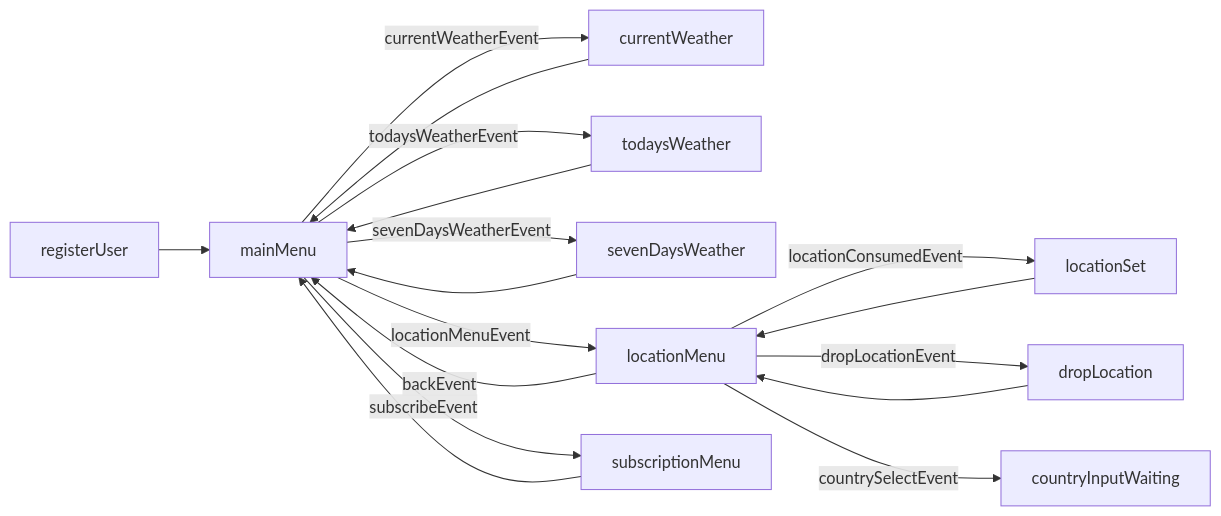
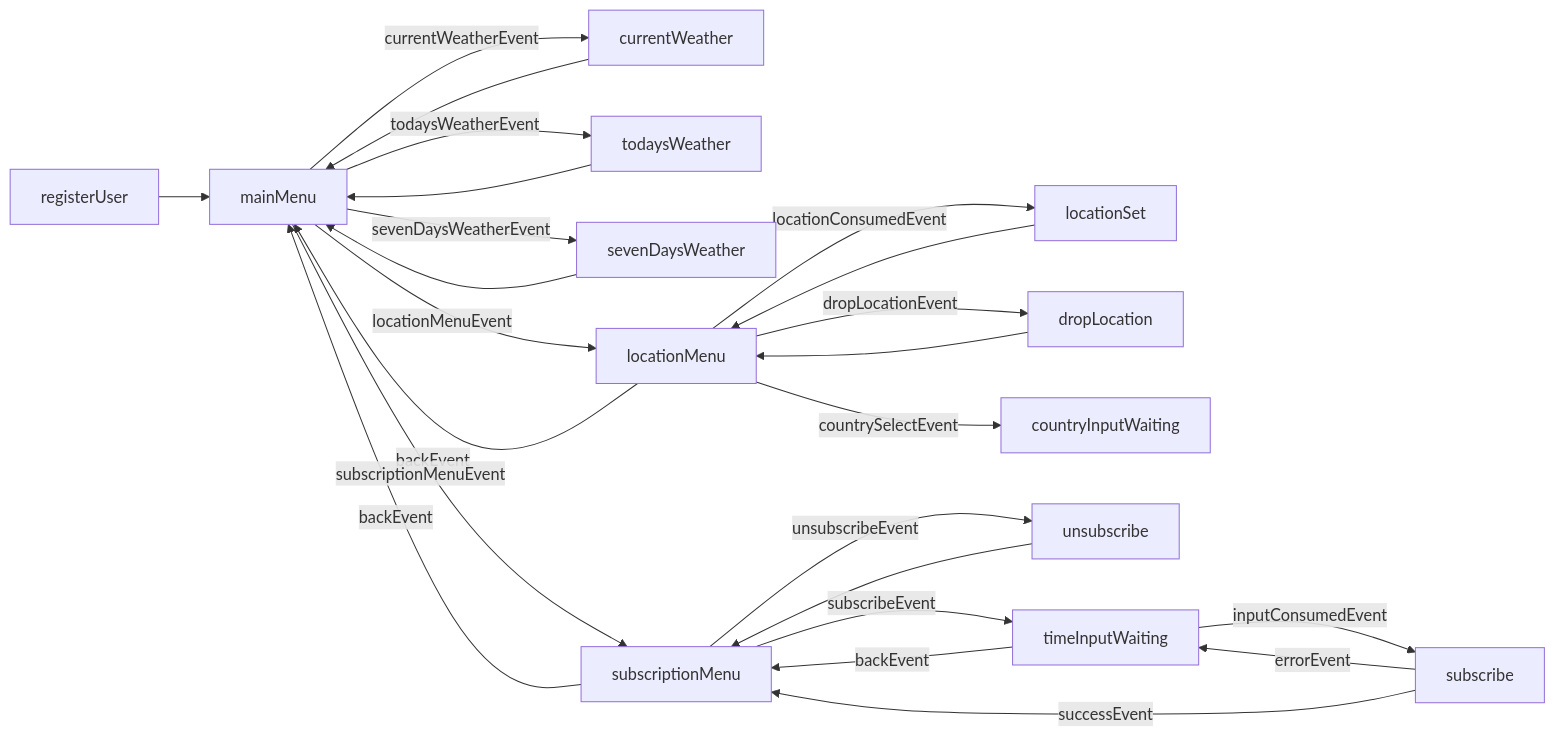
The diagram in src/main/resources/statemachine/schema.md (Mark005/weather-telegram-bot), drawn with Mermaid before and after one commit. The commit also changed 21 other files, not shown here.

````diff
--- a/src/main/resources/statemachine/schema.md
+++ b/src/main/resources/statemachine/schema.md
@@ -2,18 +2,27 @@
 ```mermaid
 flowchart LR
    registerUser --> mainMenu 
    
    mainMenu -- currentWeatherEvent --> currentWeather --> mainMenu
    mainMenu -- todaysWeatherEvent --> todaysWeather --> mainMenu
    mainMenu -- sevenDaysWeatherEvent --> sevenDaysWeather --> mainMenu
    
    mainMenu -- locationMenuEvent --> locationMenu
    locationMenu -- locationConsumedEvent --> locationSet --> locationMenu
    locationMenu -- dropLocationEvent --> dropLocation --> locationMenu
    locationMenu -- backEvent --> mainMenu
    
    locationMenu -- countrySelectEvent --> countryInputWaiting
    
-   mainMenu -- subscribeEvent --> subscriptionMenu
-   subscriptionMenu --> mainMenu
+   mainMenu -- subscriptionMenuEvent --> subscriptionMenu
+   subscriptionMenu -- unsubscribeEvent --> unsubscribe --> subscriptionMenu
+   
+   subscriptionMenu -- subscribeEvent --> timeInputWaiting
+   timeInputWaiting -- backEvent --> subscriptionMenu
+   timeInputWaiting -- inputConsumedEvent --> subscribe
+   subscribe -- errorEvent --> timeInputWaiting
+   subscribe -- successEvent --> subscriptionMenu
+   
+   
+   subscriptionMenu -- backEvent --> mainMenu
 ```
````
